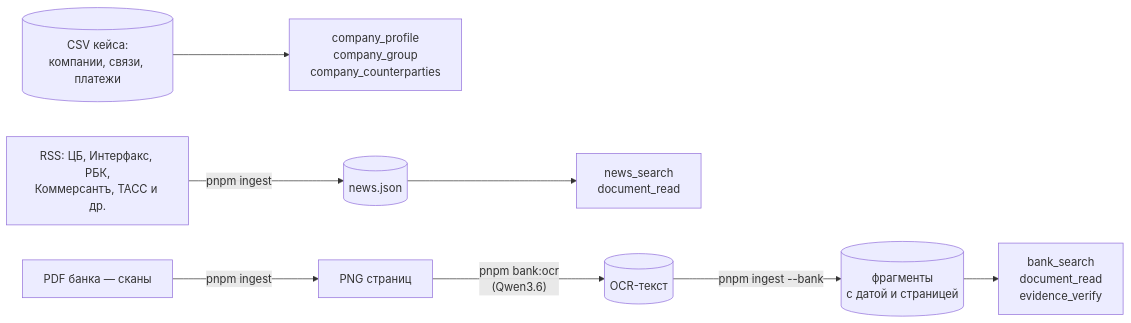
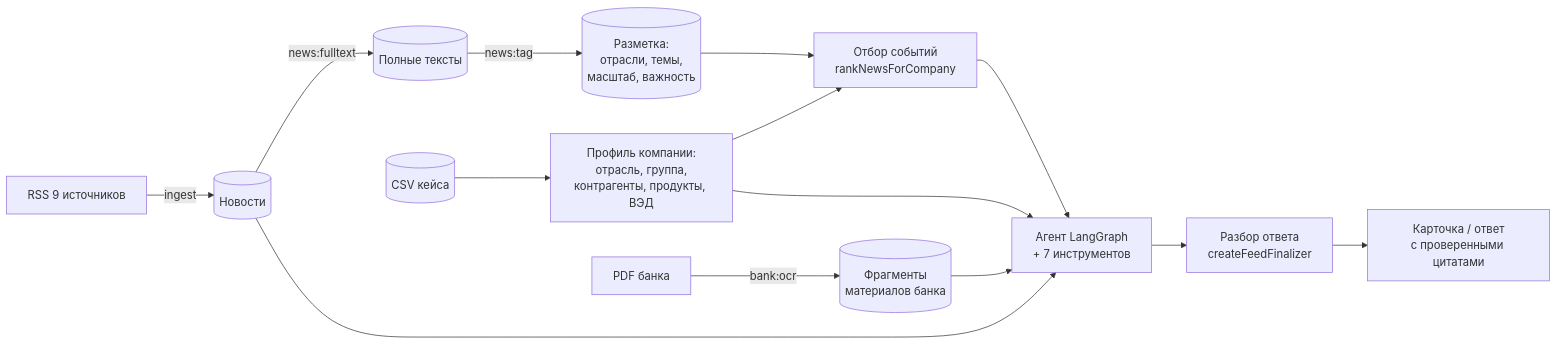
Before and after one commit to al5-alfa-hackaton/alfa-hack-2026: the diagram in packages/agent/README.md, drawn with Mermaid. The commit also changed other lines of this file and 6 other files, not shown here.

````diff
--- a/packages/agent/README.md
+++ b/packages/agent/README.md
@@ -35,6 +20,13 @@
 ```mermaid
 flowchart LR
-    csv[(CSV кейса:<br/>компании, связи, платежи)] --> company[company_profile<br/>company_group<br/>company_counterparties]
-    rss[RSS: ЦБ, Интерфакс, РБК,<br/>Коммерсантъ, ТАСС и др.] -- "pnpm ingest" --> news[(news.json)] --> ns[news_search<br/>document_read]
-    pdf[PDF банка — сканы] -- "pnpm ingest" --> png[PNG страниц] -- "pnpm bank:ocr<br/>(Qwen3.6)" --> ocr[(OCR-текст)] -- "pnpm ingest --bank" --> chunks[(фрагменты<br/>с датой и страницей)] --> bs[bank_search<br/>document_read<br/>evidence_verify]
+    csv[(CSV кейса)] --> profile[Профиль компании:<br/>отрасль, группа,<br/>контрагенты, продукты, ВЭД]
+    rss[RSS 9 источников] -- ingest --> news[(Новости)]
+    news -- news:fulltext --> full[(Полные тексты)]
+    full -- news:tag --> tags[(Разметка:<br/>отрасли, темы,<br/>масштаб, важность)]
+    pdf[PDF банка] -- bank:ocr --> bank[(Фрагменты<br/>материалов банка)]
+    tags & profile --> rank[Отбор событий<br/>rankNewsForCompany]
+    rank --> agent[Агент LangGraph<br/>+ 7 инструментов]
+    profile & bank & news --> agent
+    agent --> parse[Разбор ответа<br/>createFeedFinalizer]
+    parse --> card[Карточка / ответ<br/>с проверенными цитатами]
 ```
````
